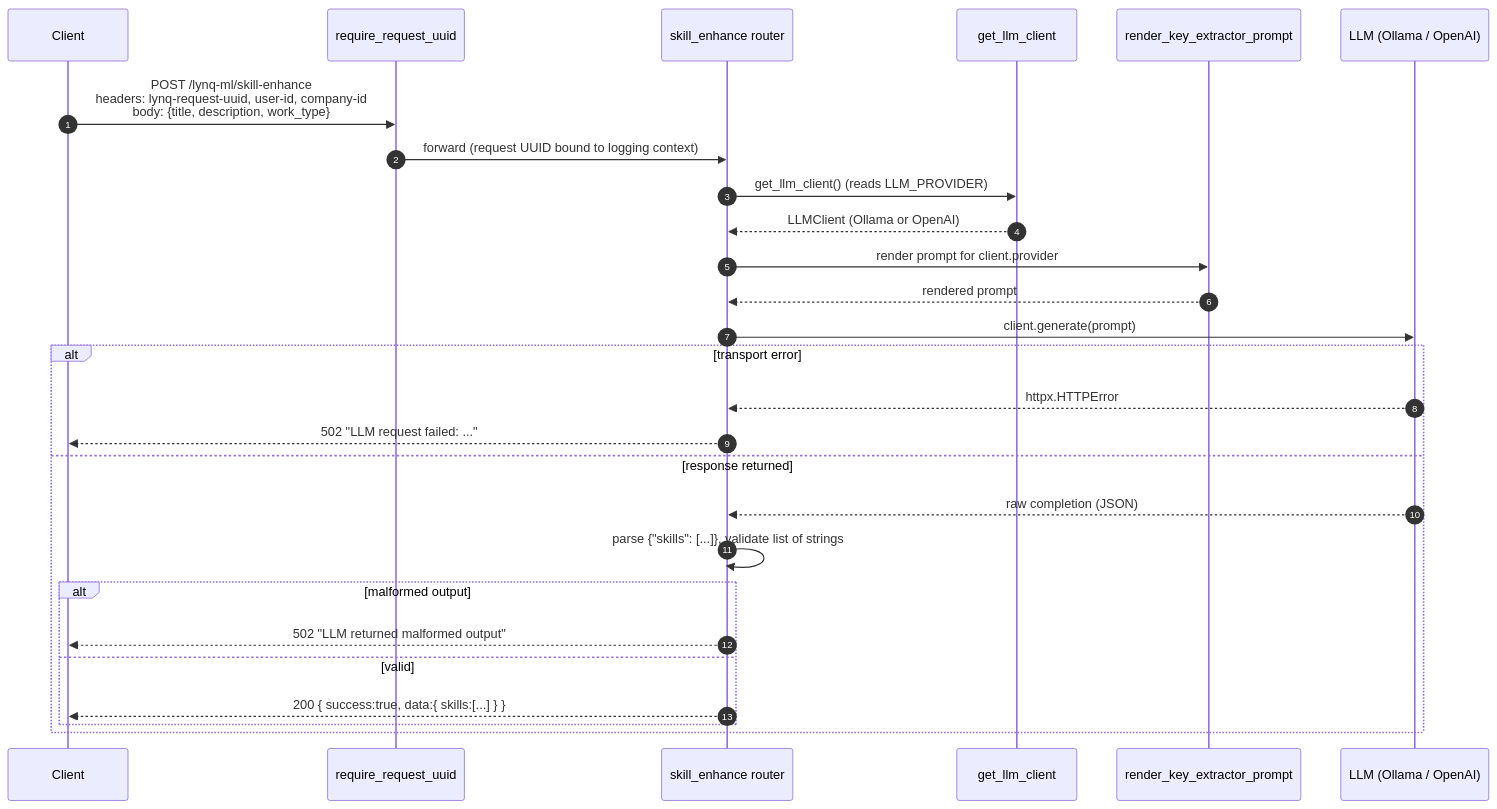
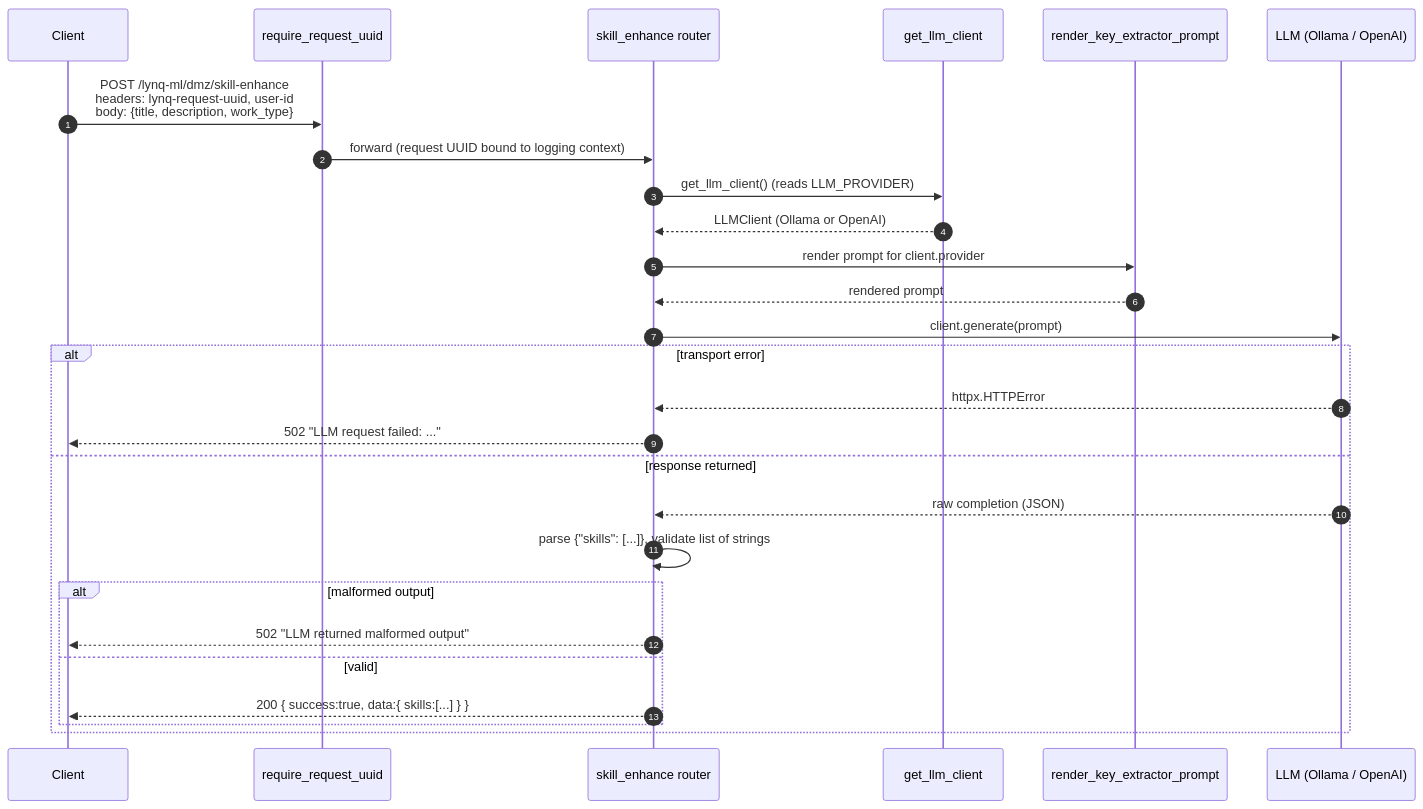
Before and after one commit to MatLock/UdeSA-lynq: the diagram in lynq-ml/README.md, drawn with Mermaid. The commit also changed other lines of this file and 110 other files, not shown here.

````diff
--- a/lynq-ml/README.md
+++ b/lynq-ml/README.md
@@ -121,30 +121,30 @@
 ```mermaid
 sequenceDiagram
     autonumber
     participant C as Client
     participant M as require_request_uuid
     participant R as skill_enhance router
     participant F as get_llm_client
     participant P as render_key_extractor_prompt
     participant L as LLM (Ollama / OpenAI)
 
-    C->>M: POST /lynq-ml/skill-enhance<br/>headers: lynq-request-uuid, user-id, company-id<br/>body: {title, description, work_type}
+    C->>M: POST /lynq-ml/dmz/skill-enhance<br/>headers: lynq-request-uuid, user-id<br/>body: {title, description, work_type}
     M->>R: forward (request UUID bound to logging context)
     R->>F: get_llm_client()  (reads LLM_PROVIDER)
     F-->>R: LLMClient (Ollama or OpenAI)
     R->>P: render prompt for client.provider
     P-->>R: rendered prompt
     R->>L: client.generate(prompt)
     alt transport error
         L-->>R: httpx.HTTPError
         R-->>C: 502 "LLM request failed: ..."
     else response returned
         L-->>R: raw completion (JSON)
         R->>R: parse {"skills": [...]}, validate list of strings
         alt malformed output
             R-->>C: 502 "LLM returned malformed output"
         else valid
             R-->>C: 200 { success:true, data:{ skills:[...] } }
         end
     end
 ```
````
